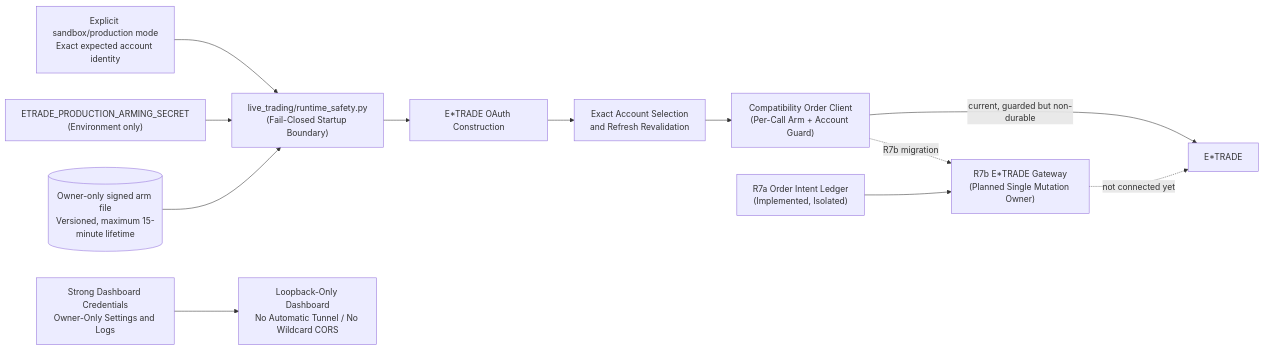
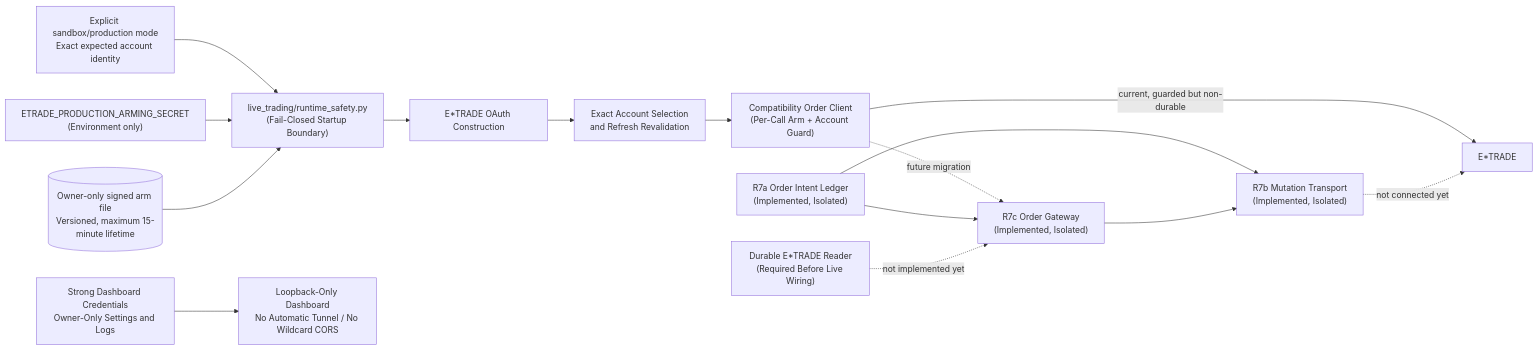
Before and after one commit to tbt316/etrade_quant_trading: the third of 3 diagrams in etrade_python_client/docs/project_overview.md, drawn with Mermaid. The commit also changed other lines of this file and 8 other files, not shown here.

Commit message:
Add durable E*TRADE order gateway

````diff
--- a/etrade_python_client/docs/project_overview.md
+++ b/etrade_python_client/docs/project_overview.md
@@ -141,26 +141,31 @@
 ```mermaid
 flowchart LR
     CLI["Explicit sandbox/production mode<br/>Exact expected account identity"]
     SECRET["ETRADE_PRODUCTION_ARMING_SECRET<br/>(Environment only)"]
     ARM[("Owner-only signed arm file<br/>Versioned, maximum 15-minute lifetime")]
     SAFE["live_trading/runtime_safety.py<br/>(Fail-Closed Startup Boundary)"]
     OAUTH["E*TRADE OAuth Construction"]
     ACCOUNT["Exact Account Selection<br/>and Refresh Revalidation"]
     DASHCFG["Strong Dashboard Credentials<br/>Owner-Only Settings and Logs"]
     DASH["Loopback-Only Dashboard<br/>No Automatic Tunnel / No Wildcard CORS"]
     DIRECT["Compatibility Order Client<br/>(Per-Call Arm + Account Guard)"]
     LEDGER["R7a Order Intent Ledger<br/>(Implemented, Isolated)"]
-    GATE["R7b E*TRADE Gateway<br/>(Planned Single Mutation Owner)"]
+    TRANSPORT["R7b Mutation Transport<br/>(Implemented, Isolated)"]
+    GATE["R7c Order Gateway<br/>(Implemented, Isolated)"]
+    READER["Durable E*TRADE Reader<br/>(Required Before Live Wiring)"]
     BROKER["E*TRADE"]
 
     CLI --> SAFE
     SECRET --> SAFE
     ARM --> SAFE
     SAFE --> OAUTH --> ACCOUNT
     DASHCFG --> DASH
     ACCOUNT --> DIRECT
     DIRECT -->|"current, guarded but non-durable"| BROKER
-    DIRECT -.->|"R7b migration"| GATE
+    DIRECT -.->|"future migration"| GATE
     LEDGER --> GATE
-    GATE -.->|"not connected yet"| BROKER
+    LEDGER --> TRANSPORT
+    READER -.->|"not implemented yet"| GATE
+    GATE --> TRANSPORT
+    TRANSPORT -.->|"not connected yet"| BROKER
 ```
````
